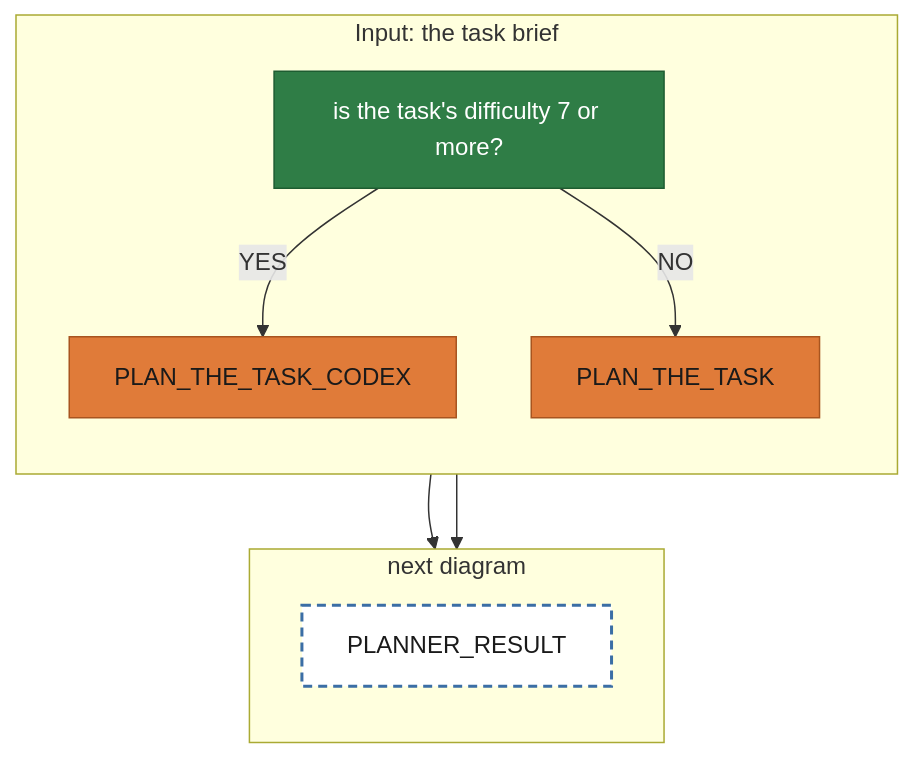
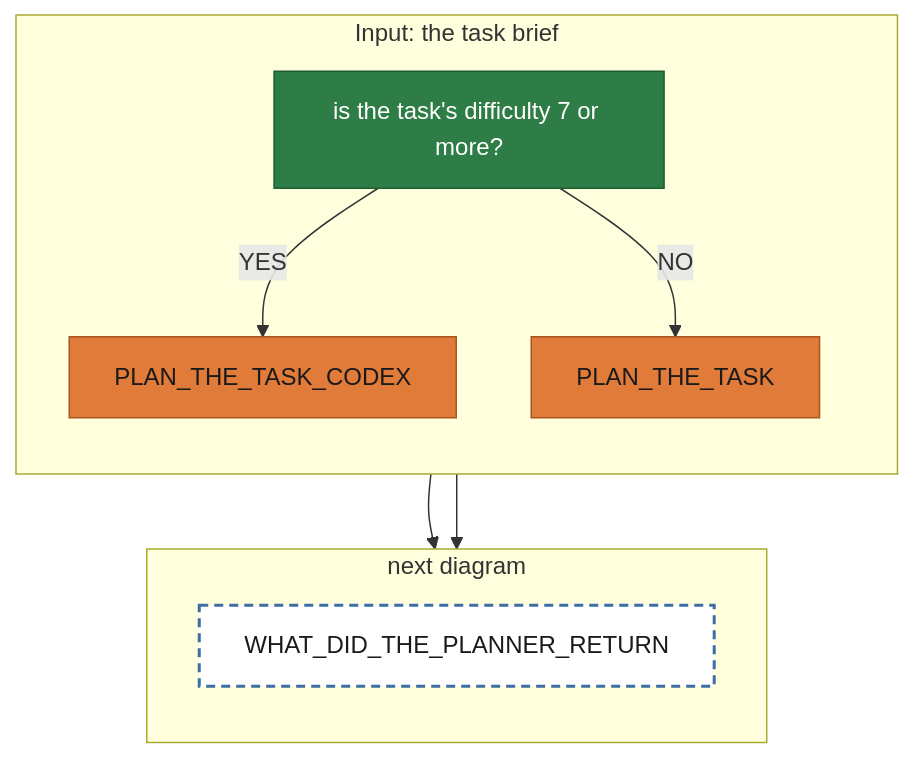
The diagram in diagrams/tackle-tasks/pipeline-planTheTask.mmd (matkatmusic/taskTools), drawn with Mermaid before and after one commit. The commit also changed 26 other files, not shown here.

```diff
--- a/diagrams/tackle-tasks/pipeline-planTheTask.mmd
+++ b/diagrams/tackle-tasks/pipeline-planTheTask.mmd
@@ -1,28 +1,28 @@
 flowchart TB
 %% One script box, then one orange block per branch. The hook walks in from a dashed IS_DIFFICULTY_7_PLUS_Q block, prints the prompt, and stops.
 
   subgraph planTheTask ["Input: the task brief"]
     direction TB
     IS_DIFFICULTY_7_PLUS_Q["is the task's difficulty 7 or more?"]
     PLAN_THE_TASK_CODEX["PLAN_THE_TASK_CODEX"]
     PLAN_THE_TASK["PLAN_THE_TASK"]
   end
   subgraph planTheTaskNext ["next diagram"]
     direction TB
-    WHAT_DID_THE_PLANNER_RETURN["PLANNER_RESULT"]
+    WHAT_DID_THE_PLANNER_RETURN["WHAT_DID_THE_PLANNER_RETURN"]
   end
   planTheTask ~~~ planTheTaskNext
 
   IS_DIFFICULTY_7_PLUS_Q -- "YES" --> PLAN_THE_TASK_CODEX
   IS_DIFFICULTY_7_PLUS_Q -- "NO" --> PLAN_THE_TASK
   PLAN_THE_TASK_CODEX --> WHAT_DID_THE_PLANNER_RETURN
   PLAN_THE_TASK --> WHAT_DID_THE_PLANNER_RETURN
 
   classDef script fill:#2f7d46,stroke:#1e5c31,color:#ffffff
   classDef returns_a_prompt fill:#e07b39,stroke:#a8541f,color:#1a1a1a
   classDef fail fill:red,stroke:#254a70,color:#ffffff
   classDef output fill:#3b6ea5,stroke:#254a70,color:#ffffff
   classDef next_diagram fill:#ffffff,stroke:#3b6ea5,stroke-width:2px,stroke-dasharray:6 4,color:#1a1a1a
   class IS_DIFFICULTY_7_PLUS_Q script
   class PLAN_THE_TASK,PLAN_THE_TASK_CODEX returns_a_prompt
   class WHAT_DID_THE_PLANNER_RETURN next_diagram
```
